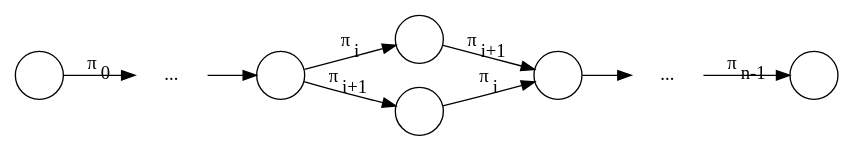
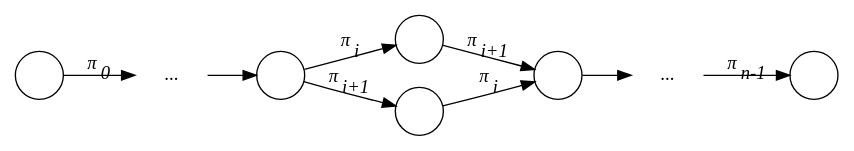
Before and after one commit to isaac-dunn/Part2_Project: the diagram in diss/figs/seqequiv.gv, drawn with Graphviz.

Commit message:
Sequence equivalence figure edge font correction

```diff
--- a/diss/figs/seqequiv.gv
+++ b/diss/figs/seqequiv.gv
@@ -1,16 +1,17 @@
 digraph SeqEquiv {
     rankdir=LR;
     fontname="Palatino-Italic";
     node [shape=circle, fixedsize=true, label=""];
+    edge [fontname="Palatino-Italic"];
     dots1, dots2 [shape=none, label="..."];
 
     init -> dots1 [label=<&#960;<sub>0</sub>>];
     dots1 -> 0;
     0 -> 1 [label=<&#960;<sub>i</sub>>];
     0 -> 2 [label=<&#960;<sub>i+1</sub>>];
     1 -> 12 [label=<&#960;<sub>i+1</sub>>];
     2 -> 12 [label=<&#960;<sub>i</sub>>];
     12 -> dots2
     dots2 -> final [label=<&#960;<sub>n-1</sub>>];
 
 }
```
